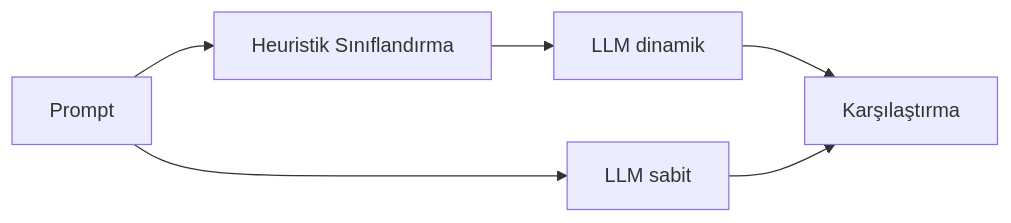
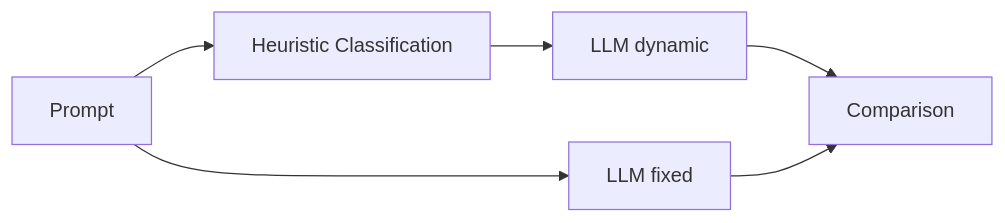
Before and after one commit to emredeveloper/Agents-Notebooks: the fourth of 4 diagrams in README.md, drawn with Mermaid. The commit also changed other lines of this file and 7 other files, not shown here.

````diff
--- a/README.md
+++ b/README.md
@@ -132,8 +132,8 @@
 ```mermaid
 flowchart LR
-    P2[Prompt] --> CLS[Heuristik Sınıflandırma]
-    CLS --> DYN[LLM dinamik]
-    P2 --> FIX[LLM sabit]
-    DYN --> CMP[Karşılaştırma]
+    P2[Prompt] --> CLS[Heuristic Classification]
+    CLS --> DYN[LLM dynamic]
+    P2 --> FIX[LLM fixed]
+    DYN --> CMP[Comparison]
     FIX --> CMP
 ```
````
